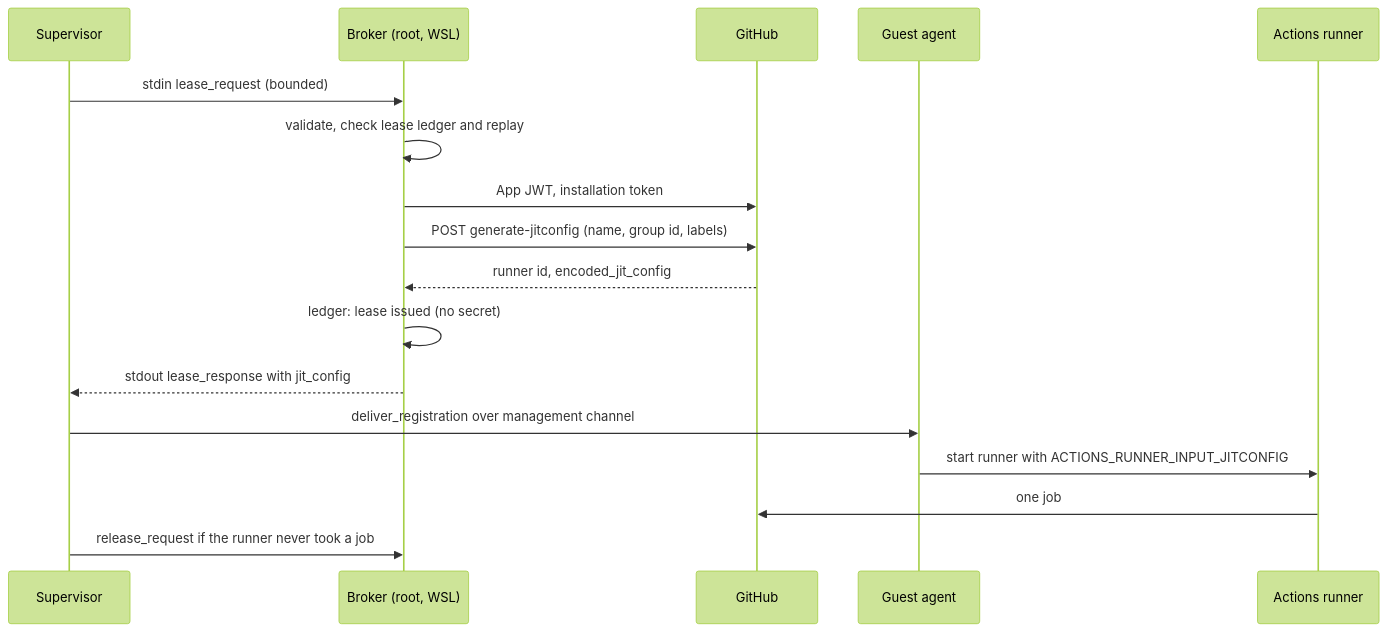
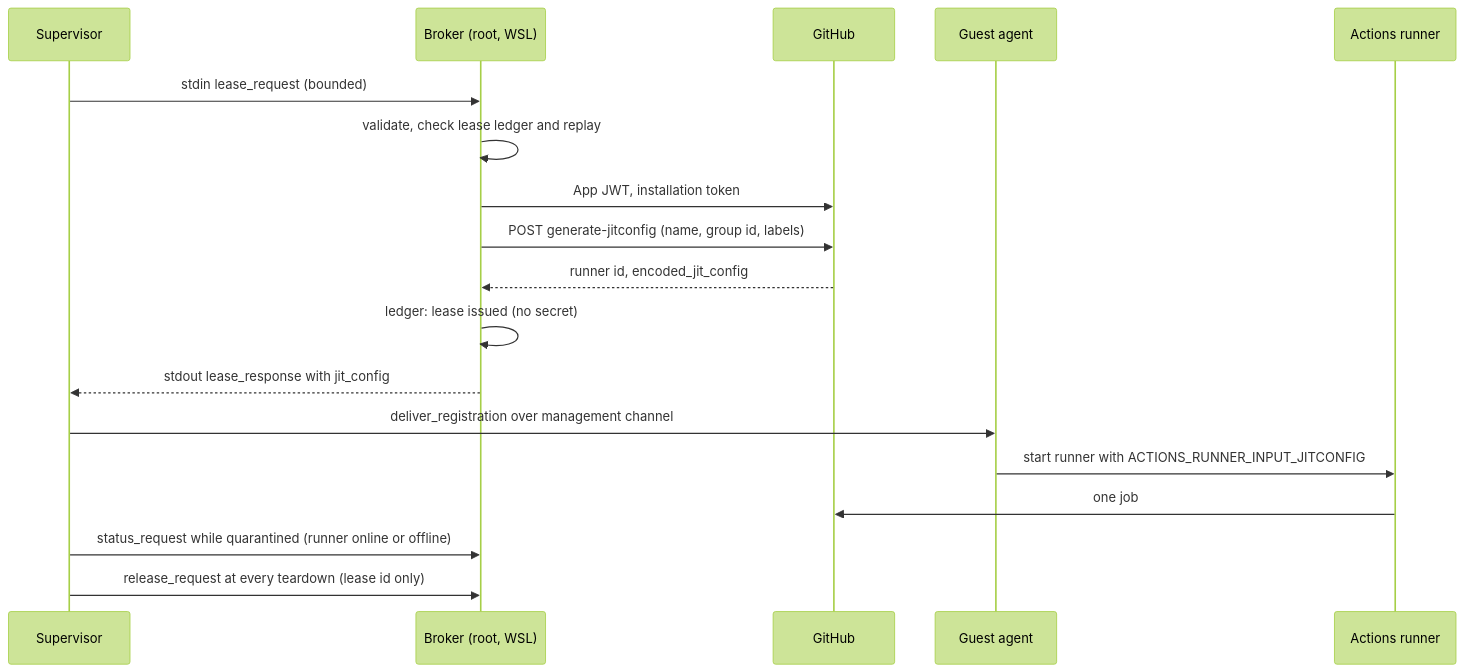
Before and after one commit to special-place-ai-heaven/aap-runner: the fourth of 9 diagrams in docs/parity/ARCHITECTURE.md, drawn with Mermaid (forest theme). The commit also changed other lines of this file and 93 other files, not shown here.

First line of the commit message:
parity: P02 architecture review fixes and owner decisions

````diff
--- a/docs/parity/ARCHITECTURE.md
+++ b/docs/parity/ARCHITECTURE.md
@@ -215,19 +250,20 @@
 ```mermaid
 sequenceDiagram
   participant S as Supervisor
   participant B as Broker (root, WSL)
   participant G as GitHub
   participant V as Guest agent
   participant R as Actions runner
   S->>B: stdin lease_request (bounded)
   B->>B: validate, check lease ledger and replay
   B->>G: App JWT, installation token
   B->>G: POST generate-jitconfig (name, group id, labels)
   G-->>B: runner id, encoded_jit_config
   B->>B: ledger: lease issued (no secret)
   B-->>S: stdout lease_response with jit_config
   S->>V: deliver_registration over management channel
   V->>R: start runner with ACTIONS_RUNNER_INPUT_JITCONFIG
   R->>G: one job
-  S->>B: release_request if the runner never took a job
+  S->>B: status_request while quarantined (runner online or offline)
+  S->>B: release_request at every teardown (lease id only)
 ```
````
